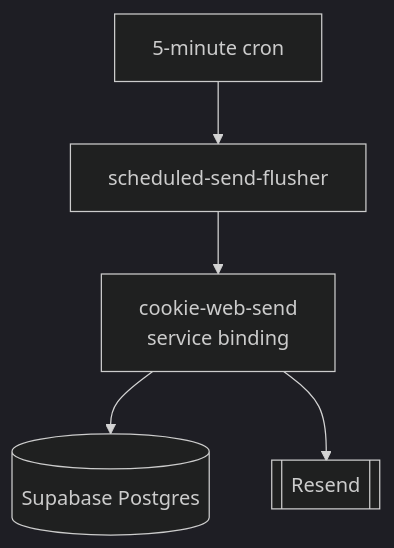
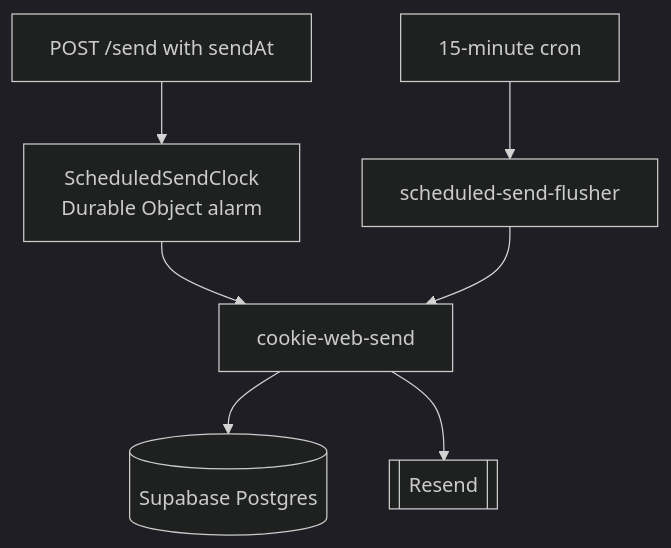
Before and after one commit to allistera/Cookie-Docs: the seventh of 7 diagrams in docs/01-architecture.mdx, drawn with Mermaid (dark theme). The commit also changed other lines of this file, not shown here.

Commit message:
docs: scheduled sends deliver on a Durable Object alarm, cron is the safety net

````diff
--- a/docs/01-architecture.mdx
+++ b/docs/01-architecture.mdx
@@ -192,7 +192,9 @@
 ```mermaid
 flowchart TB
-    Cron["5-minute cron"] --> Flusher["scheduled-send-flusher"]
-    Flusher --> API["cookie-web-send<br/>service binding"]
+    Queue["POST /send with sendAt"] --> Clock["ScheduledSendClock<br/>Durable Object alarm"]
+    Clock --> API["cookie-web-send"]
+    Cron["15-minute cron"] --> Flusher["scheduled-send-flusher"]
+    Flusher --> API
     API --> DB[("Supabase Postgres")]
     API --> Resend[["Resend"]]
 ```
````
